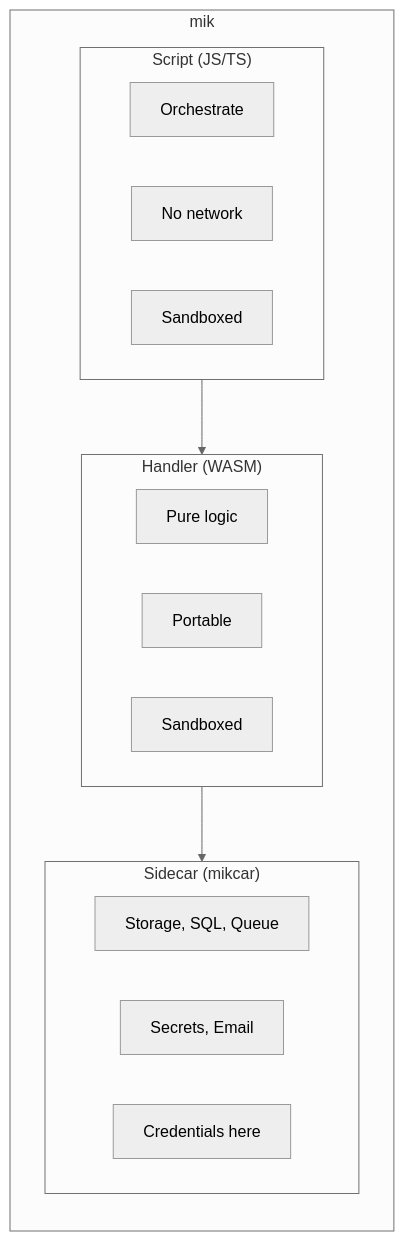
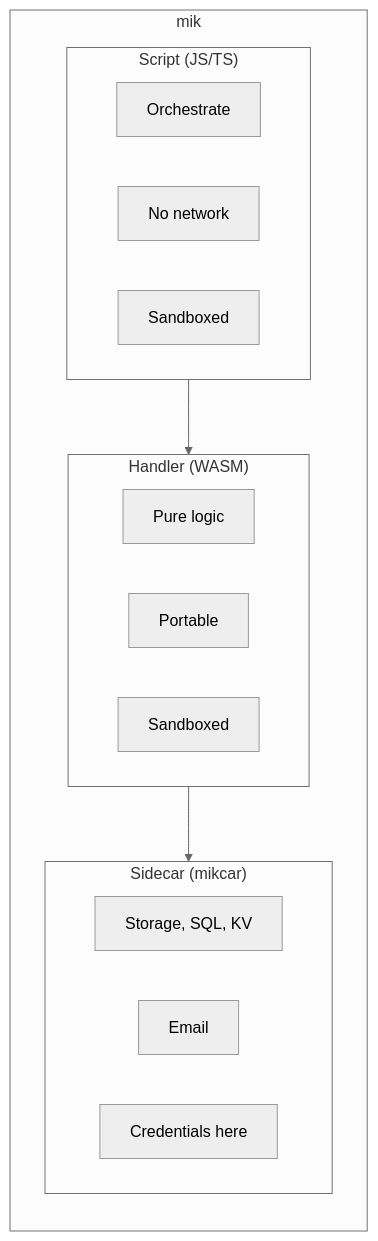
The first of 4 diagrams in ARCHITECTURE.md (dufeutech/mik), drawn with Mermaid (neutral theme) before and after one commit. The commit also changed other lines of this file and 12 other files, not shown here.

First line of the commit message:
chore: remove out-of-scope features (Queue, Secrets, Rate limiting, publish)

````diff
--- a/ARCHITECTURE.md
+++ b/ARCHITECTURE.md
@@ -7,21 +7,21 @@
 ```mermaid
 flowchart LR
     subgraph mik[" mik "]
         subgraph Script["Script (JS/TS)"]
             S1[Orchestrate]
             S2[No network]
             S3[Sandboxed]
         end
         subgraph Handler["Handler (WASM)"]
             H1[Pure logic]
             H2[Portable]
             H3[Sandboxed]
         end
         subgraph Sidecar["Sidecar (mikcar)"]
-            C1[Storage, SQL, Queue]
-            C2[Secrets, Email]
+            C1[Storage, SQL, KV]
+            C2[Email]
             C3[Credentials here]
         end
         Script --> Handler --> Sidecar
     end
 ```
````
